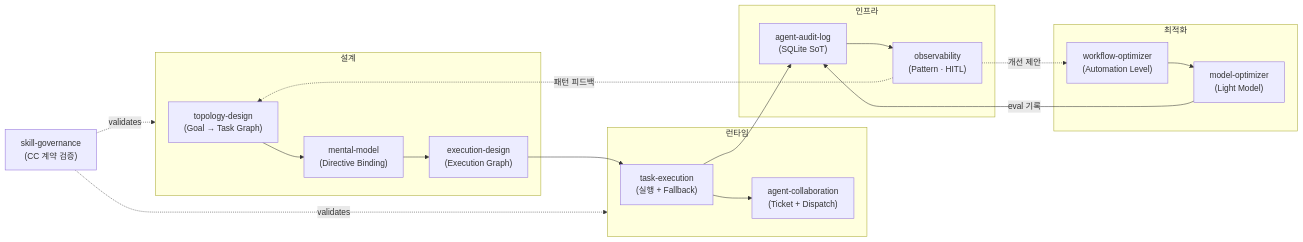
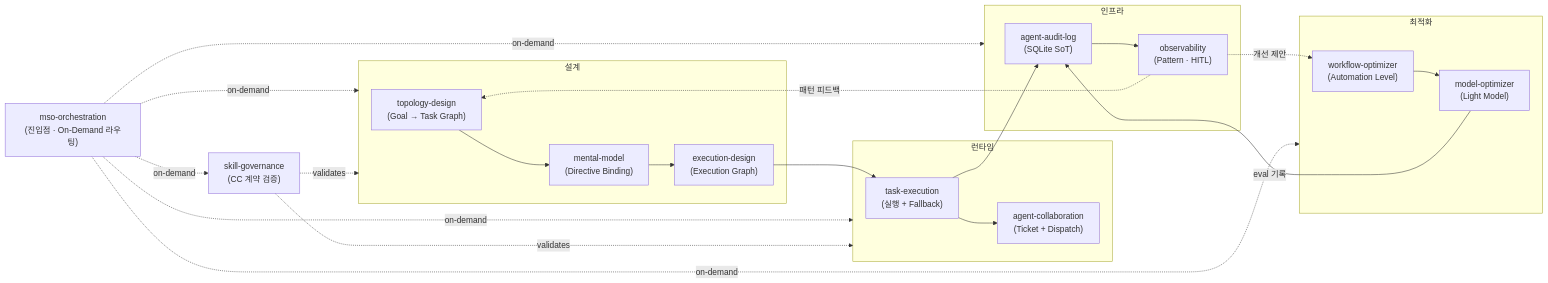
Before and after one commit to WMJOON/multi-swarm-orchestrator: the second of 3 diagrams in README.md, drawn with Mermaid. The commit also changed other lines of this file, not shown here.

First line of the commit message:
docs: 오케스트레이션 진입점 구조 및 Thick 스킬 통합 검토 내용 반영

````diff
--- a/README.md
+++ b/README.md
@@ -91,33 +93,40 @@
 ```mermaid
 graph LR
+    ORCH["mso-orchestration<br/>(진입점 · On-Demand 라우팅)"]
+
     subgraph Design["설계"]
         WT["topology-design<br/>(Goal → Task Graph)"]
         MM["mental-model<br/>(Directive Binding)"]
         ED["execution-design<br/>(Execution Graph)"]
         WT --> MM --> ED
     end
     subgraph Runtime["런타임"]
         TE["task-execution<br/>(실행 + Fallback)"]
         AC["agent-collaboration<br/>(Ticket + Dispatch)"]
         TE --> AC
     end
     subgraph Infra["인프라"]
         AAL["agent-audit-log<br/>(SQLite SoT)"]
         OBS["observability<br/>(Pattern · HITL)"]
         AAL --> OBS
     end
     subgraph Optimize["최적화"]
         WO["workflow-optimizer<br/>(Automation Level)"]
         MO["model-optimizer<br/>(Light Model)"]
         WO --> MO
     end
     GOV["skill-governance<br/>(CC 계약 검증)"]
 
+    ORCH -.->|on-demand| Design
+    ORCH -.->|on-demand| Runtime
+    ORCH -.->|on-demand| Infra
+    ORCH -.->|on-demand| Optimize
+    ORCH -.->|on-demand| GOV
     ED --> TE
     TE --> AAL
     OBS -.->|개선 제안| WO
     OBS -.->|패턴 피드백| WT
     MO -->|eval 기록| AAL
     GOV -.->|validates| Design
     GOV -.->|validates| Runtime
 ```
````
